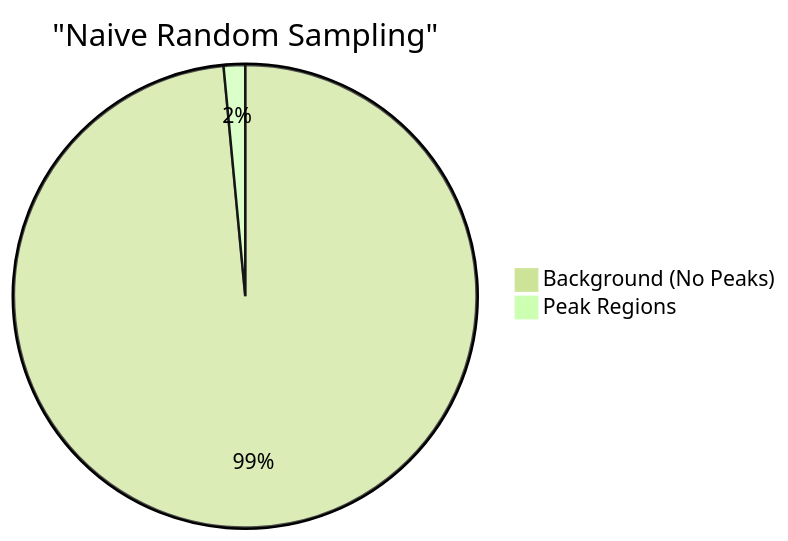
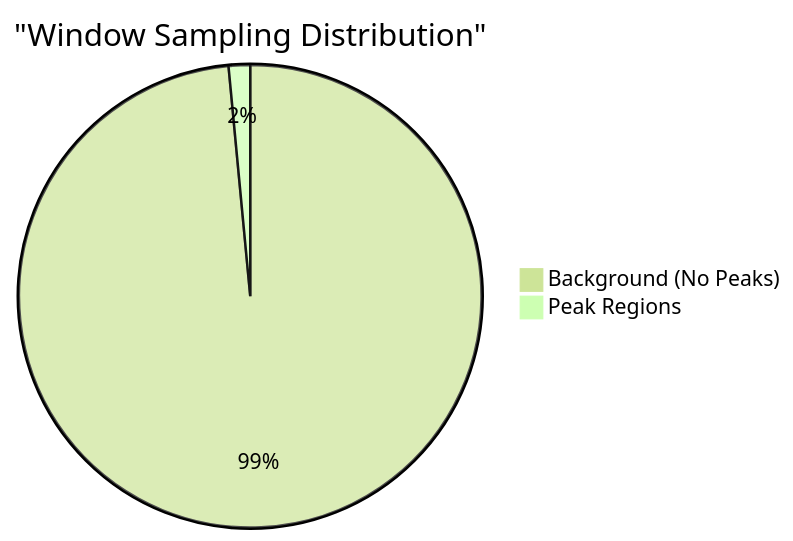
One commit to shreyakat0ch/hist4.1 changed the diagram in docs/data/construction.md. Above: the diagram before and after it, drawn with Mermaid (forest theme). The commit also changed other lines of this file and 11 other files, not shown here.

````diff
--- a/docs/data/construction.md
+++ b/docs/data/construction.md
@@ -91,5 +91,5 @@
 ```mermaid
-pie title "Naive Random Sampling"
+pie title "Window Sampling Distribution"
     "Background (No Peaks)" : 98.5
     "Peak Regions" : 1.5
 ```
````
